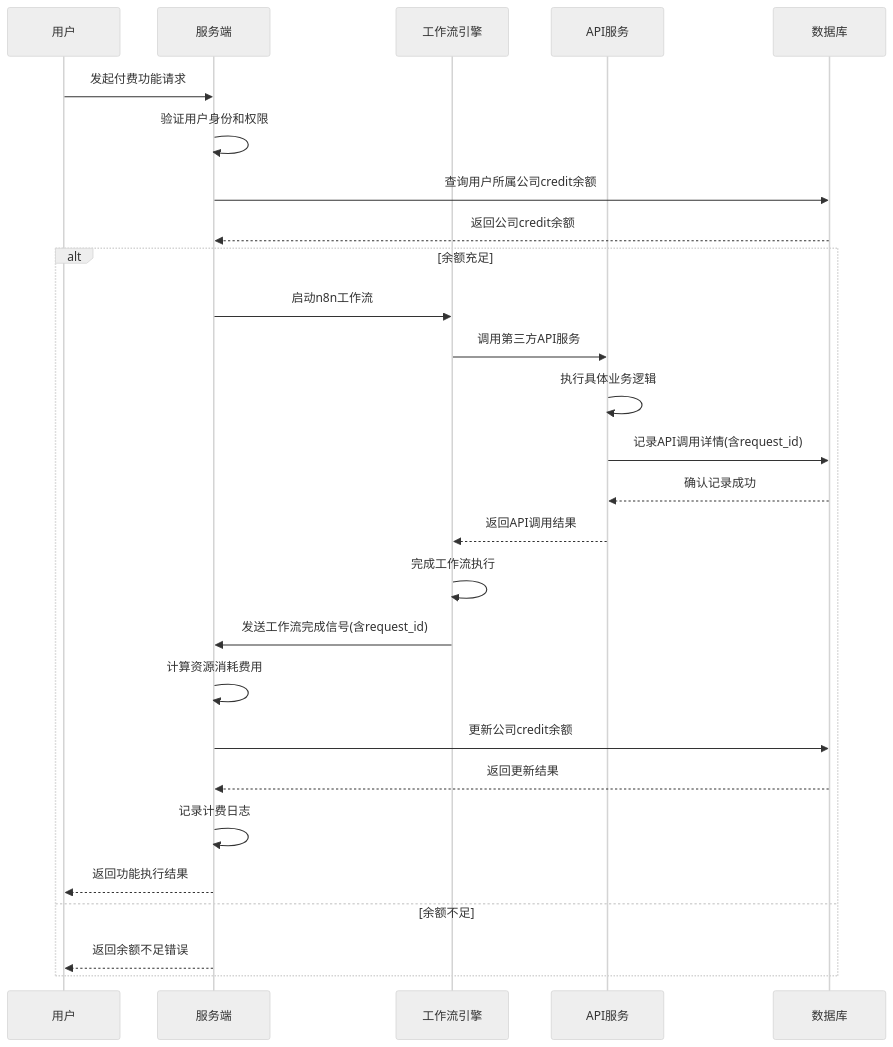
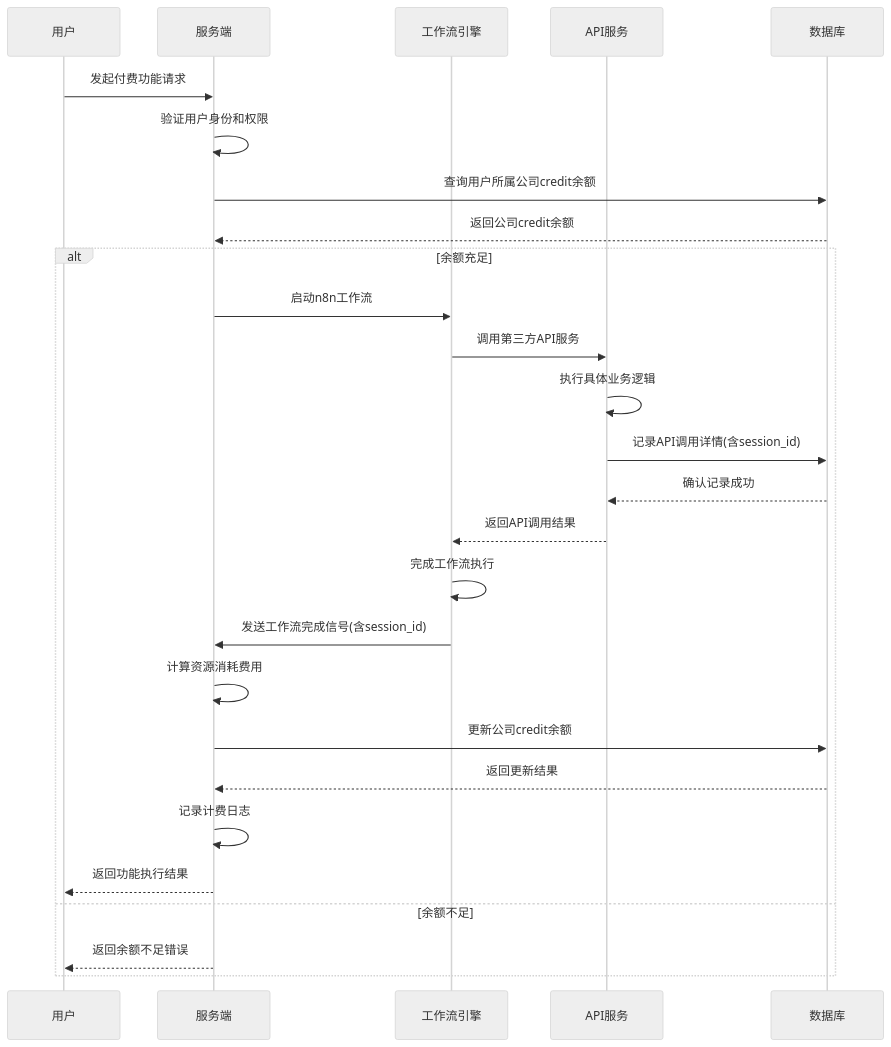
Before and after one commit to Cokefish9527/open-webui: the diagram in docs/HSAI项目计费方案.md, drawn with Mermaid (neutral theme). The commit also changed other lines of this file, not shown here.

````diff
--- a/docs/HSAI项目计费方案.md
+++ b/docs/HSAI项目计费方案.md
@@ -107,30 +107,30 @@
 ```mermaid
 sequenceDiagram
     participant U as 用户
     participant S as 服务端
     participant W as 工作流引擎
     participant A as API服务
     participant D as 数据库
 
     U->>S: 发起付费功能请求
     S->>S: 验证用户身份和权限
     S->>D: 查询用户所属公司credit余额
     D-->>S: 返回公司credit余额
     alt 余额充足
         S->>W: 启动n8n工作流
         W->>A: 调用第三方API服务
         A->>A: 执行具体业务逻辑
-        A->>D: 记录API调用详情(含request_id)
+        A->>D: 记录API调用详情(含session_id)
         D-->>A: 确认记录成功
         A-->>W: 返回API调用结果
         W->>W: 完成工作流执行
-        W->>S: 发送工作流完成信号(含request_id)
+        W->>S: 发送工作流完成信号(含session_id)
         S->>S: 计算资源消耗费用
         S->>D: 更新公司credit余额
         D-->>S: 返回更新结果
         S->>S: 记录计费日志
         S-->>U: 返回功能执行结果
     else 余额不足
         S-->>U: 返回余额不足错误
     end
 ```
````
